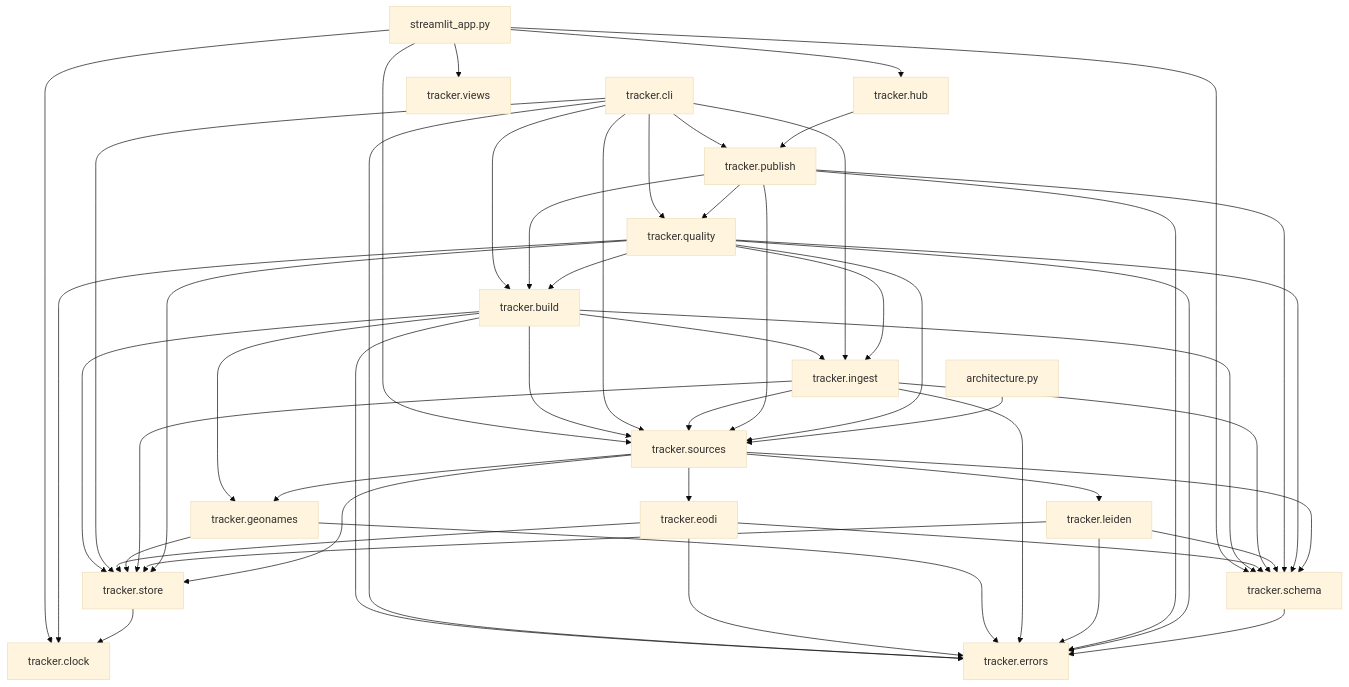
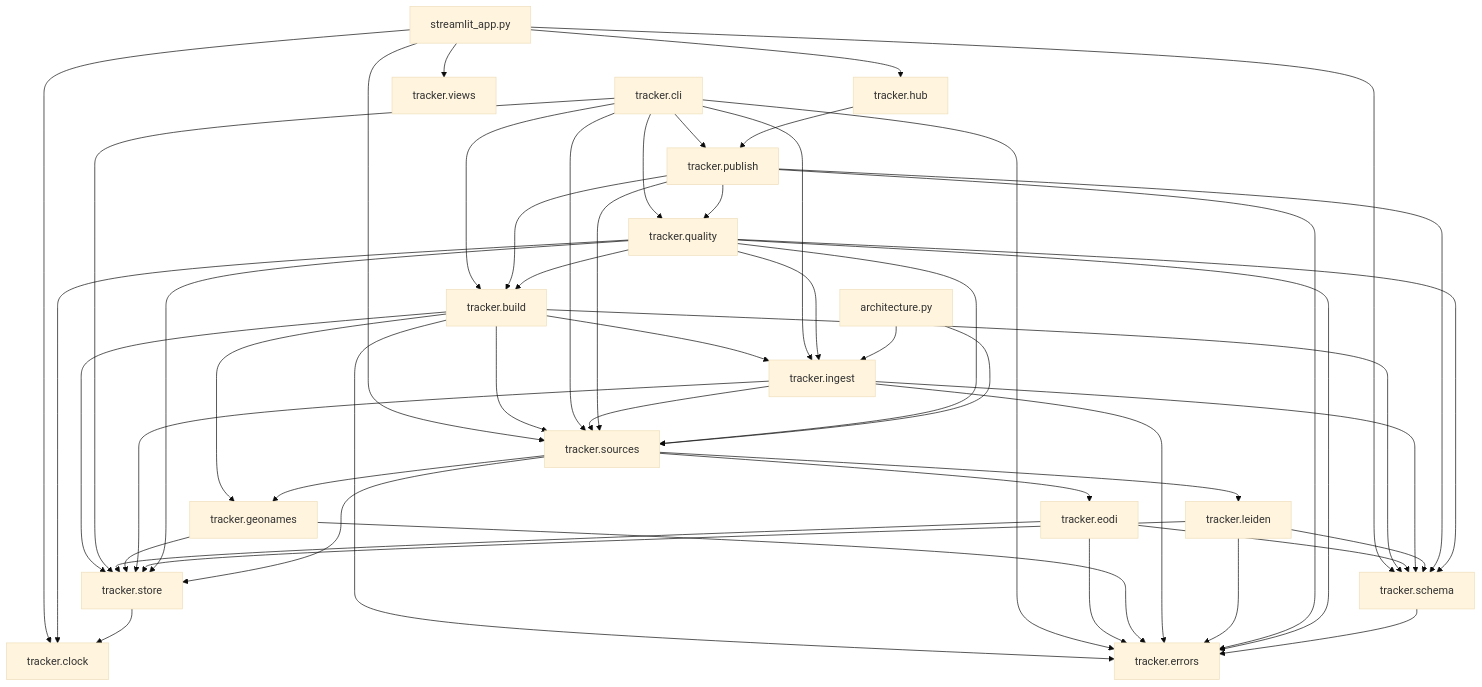
One commit to tryph0n/hybrid-tracker changed the third of 3 diagrams in docs/architecture.md. Above: the diagram before and after it, drawn with Mermaid (base theme). The commit also changed other lines of this file and 19 other files, not shown here.

````diff
--- a/docs/architecture.md
+++ b/docs/architecture.md
@@ -153,71 +151,71 @@
 ```mermaid
 flowchart TB
   module_streamlit_app_py["streamlit_app.py"]
   module_tracker_build["tracker.build"]
   module_tracker_cli["tracker.cli"]
   module_tracker_clock["tracker.clock"]
   module_tracker_eodi["tracker.eodi"]
   module_tracker_errors["tracker.errors"]
   module_tracker_geonames["tracker.geonames"]
   module_tracker_hub["tracker.hub"]
   module_tracker_ingest["tracker.ingest"]
   module_tracker_leiden["tracker.leiden"]
   module_tracker_publish["tracker.publish"]
   module_tracker_quality["tracker.quality"]
   module_tracker_schema["tracker.schema"]
   module_tracker_sources["tracker.sources"]
   module_tracker_store["tracker.store"]
   module_tracker_views["tracker.views"]
   module_architecture_py["architecture.py"]
   module_streamlit_app_py --> module_tracker_clock
   module_streamlit_app_py --> module_tracker_hub
   module_streamlit_app_py --> module_tracker_schema
   module_streamlit_app_py --> module_tracker_sources
   module_streamlit_app_py --> module_tracker_views
   module_tracker_build --> module_tracker_errors
   module_tracker_build --> module_tracker_geonames
   module_tracker_build --> module_tracker_ingest
   module_tracker_build --> module_tracker_schema
   module_tracker_build --> module_tracker_sources
   module_tracker_build --> module_tracker_store
   module_tracker_cli --> module_tracker_build
   module_tracker_cli --> module_tracker_errors
   module_tracker_cli --> module_tracker_ingest
   module_tracker_cli --> module_tracker_publish
   module_tracker_cli --> module_tracker_quality
   module_tracker_cli --> module_tracker_sources
   module_tracker_cli --> module_tracker_store
   module_tracker_eodi --> module_tracker_errors
   module_tracker_eodi --> module_tracker_schema
   module_tracker_eodi --> module_tracker_store
   module_tracker_geonames --> module_tracker_errors
   module_tracker_geonames --> module_tracker_store
   module_tracker_hub --> module_tracker_publish
   module_tracker_ingest --> module_tracker_errors
   module_tracker_ingest --> module_tracker_schema
   module_tracker_ingest --> module_tracker_sources
   module_tracker_ingest --> module_tracker_store
   module_tracker_leiden --> module_tracker_errors
   module_tracker_leiden --> module_tracker_schema
   module_tracker_leiden --> module_tracker_store
   module_tracker_publish --> module_tracker_build
   module_tracker_publish --> module_tracker_errors
   module_tracker_publish --> module_tracker_quality
   module_tracker_publish --> module_tracker_schema
   module_tracker_publish --> module_tracker_sources
   module_tracker_quality --> module_tracker_build
   module_tracker_quality --> module_tracker_clock
   module_tracker_quality --> module_tracker_errors
   module_tracker_quality --> module_tracker_ingest
   module_tracker_quality --> module_tracker_schema
   module_tracker_quality --> module_tracker_sources
   module_tracker_quality --> module_tracker_store
   module_tracker_schema --> module_tracker_errors
   module_tracker_sources --> module_tracker_eodi
   module_tracker_sources --> module_tracker_geonames
   module_tracker_sources --> module_tracker_leiden
-  module_tracker_sources --> module_tracker_schema
   module_tracker_sources --> module_tracker_store
   module_tracker_store --> module_tracker_clock
+  module_architecture_py --> module_tracker_ingest
   module_architecture_py --> module_tracker_sources
 ```
````
